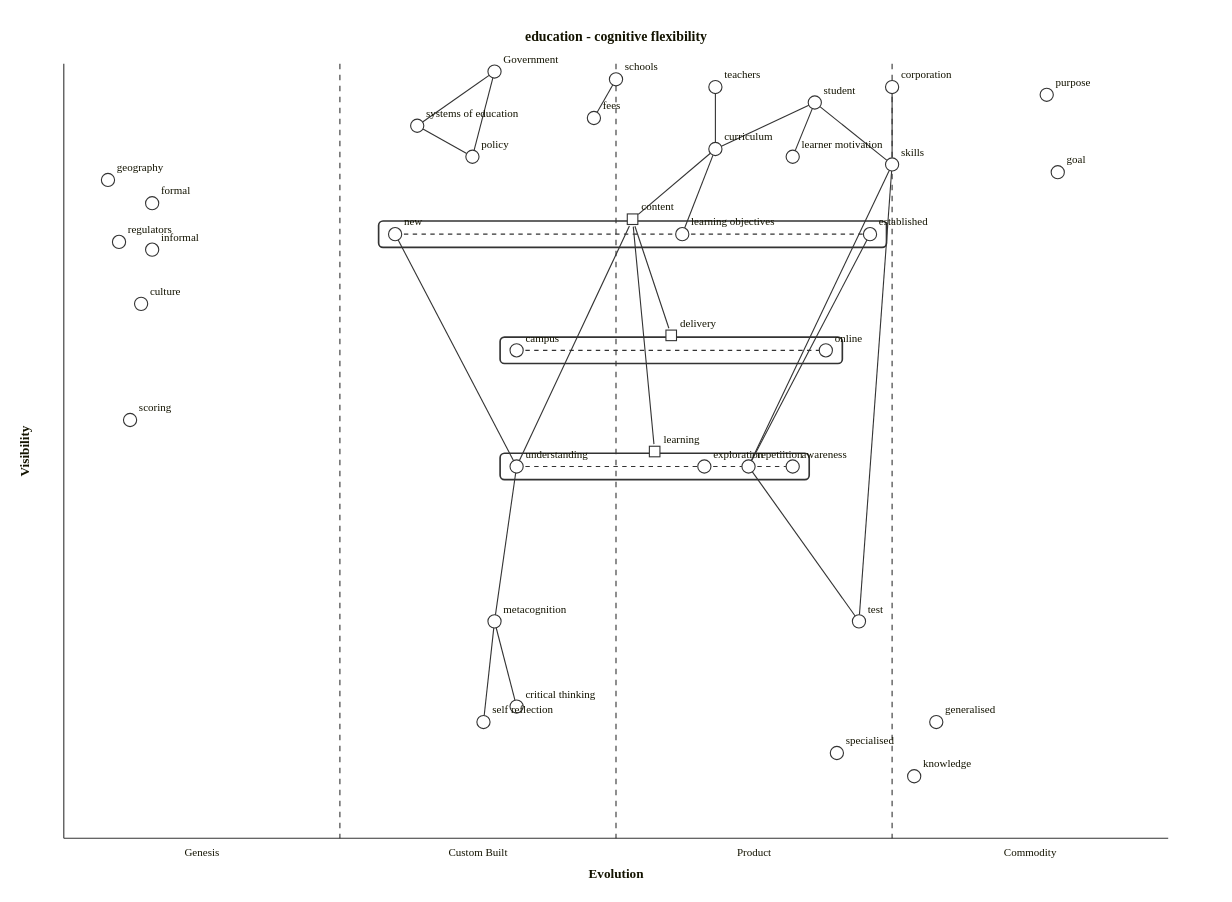
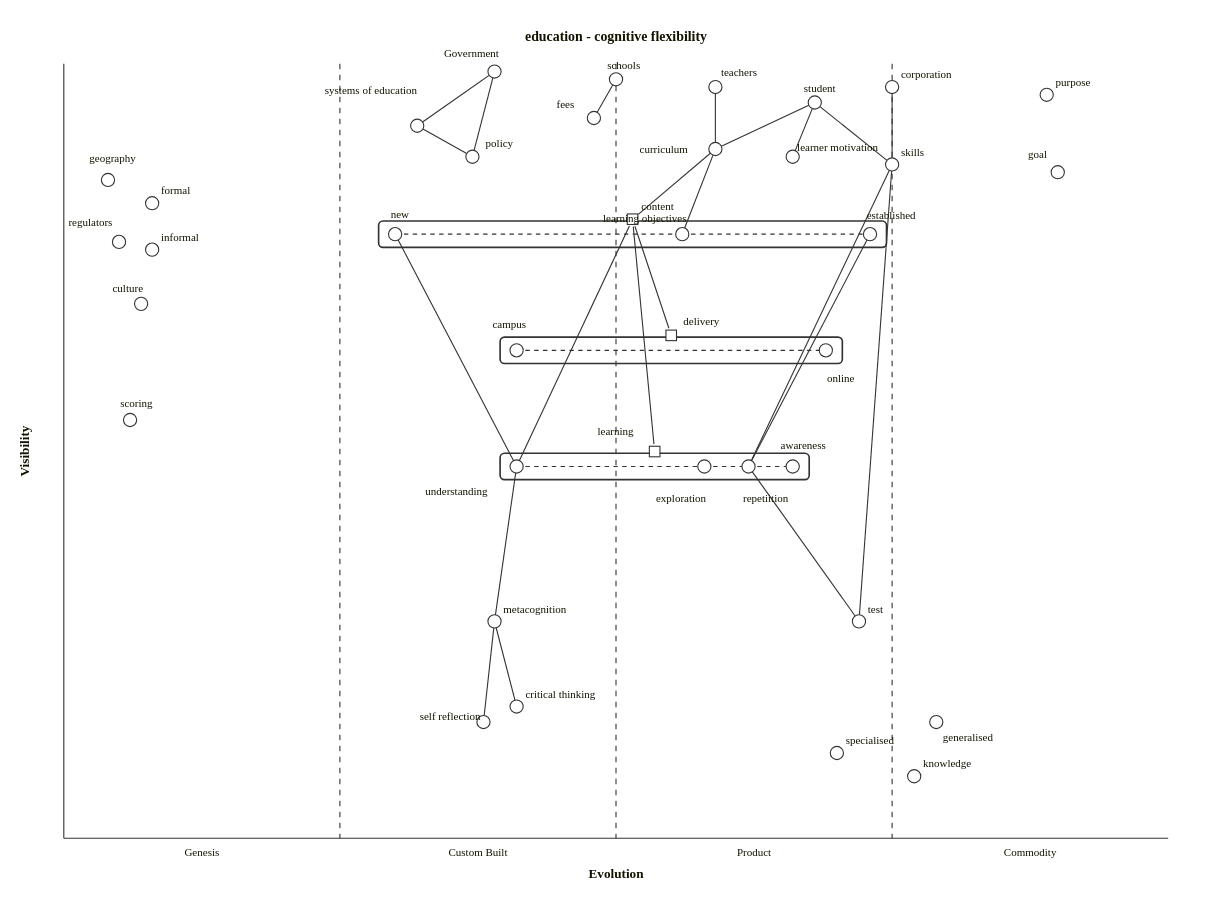
One commit to tractorjuice/wardley-maps-mermaid changed the diagram in education/education-cognitive-flexibility.mmd. Above: the diagram before and after it, drawn with Mermaid. The commit also changed 147 other files, not shown here.

```diff
--- a/education/education-cognitive-flexibility.mmd
+++ b/education/education-cognitive-flexibility.mmd
@@ -1,70 +1,70 @@
 wardley-beta
 
 title education - cognitive flexibility
 size [1100, 800]
-component systems of education [0.92, 0.32]
-component policy [0.88, 0.37]
-component Government [0.99, 0.39]
-component regulators [0.77, 0.05]
-component schools [0.98, 0.50]
-component fees [0.93, 0.48]
-component scoring [0.54, 0.06]
-component learner motivation [0.88, 0.66]
-component goal [0.86, 0.90]
+component systems of education [0.92, 0.32] label [-84, -29]
+component policy [0.88, 0.37] label [12, -9]
+component Government [0.99, 0.39] label [-46, -13]
+component regulators [0.77, 0.05] label [-46, -14]
+component schools [0.98, 0.50] label [-8, -9]
+component fees [0.93, 0.48] label [-34, -9]
+component scoring [0.54, 0.06] label [-9, -12]
+component learner motivation [0.88, 0.66] label [4, -5]
+component goal [0.86, 0.90] label [-27, -13]
 component purpose [0.96, 0.89]
 component formal [0.82, 0.08]
 component informal [0.76, 0.08]
-component geography [0.85, 0.04]
-component culture [0.69, 0.07]
+component geography [0.85, 0.04] label [-17, -16]
+component culture [0.69, 0.07] label [-26, -11]
 component specialised [0.11, 0.70]
-component generalised [0.15, 0.79]
+component generalised [0.15, 0.79] label [6, 17]
 component knowledge [0.08, 0.77]
-component teachers [0.97, 0.59]
-component student [0.95, 0.68]
-component curriculum [0.89, 0.59]
+component teachers [0.97, 0.59] label [5, -10]
+component student [0.95, 0.68] label [-10, -10]
+component curriculum [0.89, 0.59] label [-69, 4]
 component test [0.28, 0.72]
 component corporation [0.97, 0.75]
 component skills [0.87, 0.75]
 component content [0.78, 0.63]
 pipeline content {
-  component new [0.3]
-  component learning objectives [0.56]
-  component established [0.73]
+  component new [0.3] label [-4, -15]
+  component learning objectives [0.56] label [-72, -11]
+  component established [0.73] label [-3, -14]
 }
-component delivery [0.63, 0.64]
+component delivery [0.63, 0.64] label [11, -9]
 pipeline delivery {
-  component campus [0.41]
-  component online [0.69]
+  component campus [0.41] label [-22, -20]
+  component online [0.69] label [1, 29]
 }
-component learning [0.48, 0.55]
+component learning [0.48, 0.55] label [-52, -15]
 pipeline learning {
-  component understanding [0.41]
-  component exploration [0.58]
-  component repetiition [0.62]
-  component awareness [0.66]
+  component understanding [0.41] label [-83, 26]
+  component exploration [0.58] label [-44, 32]
+  component repetiition [0.62] label [-5, 32]
+  component awareness [0.66] label [-11, -16]
 }
 component critical thinking [0.17, 0.41]
 component metacognition [0.28, 0.39]
-component self reflection [0.15, 0.38]
+component self reflection [0.15, 0.38] label [-58, -2]
 corporation -> skills
 skills -> repetiition
 repetiition -> test
 student -> curriculum
 teachers -> curriculum
 curriculum -> content
 content -> delivery
 content -> learning
 understanding -> metacognition
 metacognition -> critical thinking
 metacognition -> self reflection
 established -> repetiition
 new -> understanding
 skills -> test
 content -> understanding
 student -> skills
 curriculum -> learning objectives
 schools -> fees
 Government -> systems of education
 systems of education -> policy
 Government -> policy
 student -> learner motivation
```
